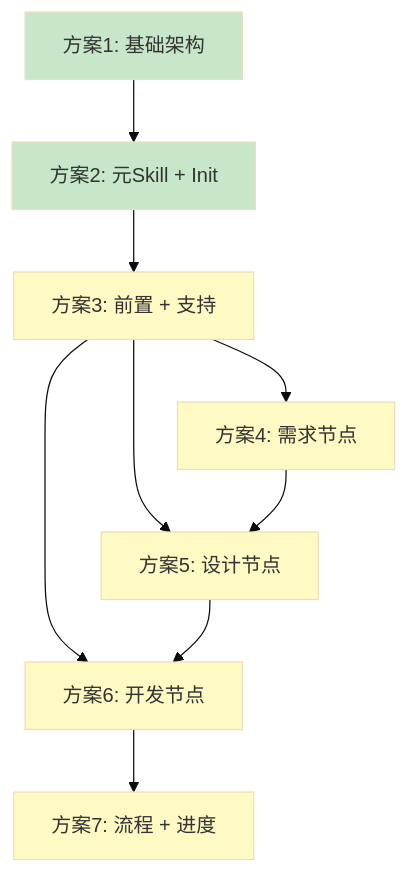
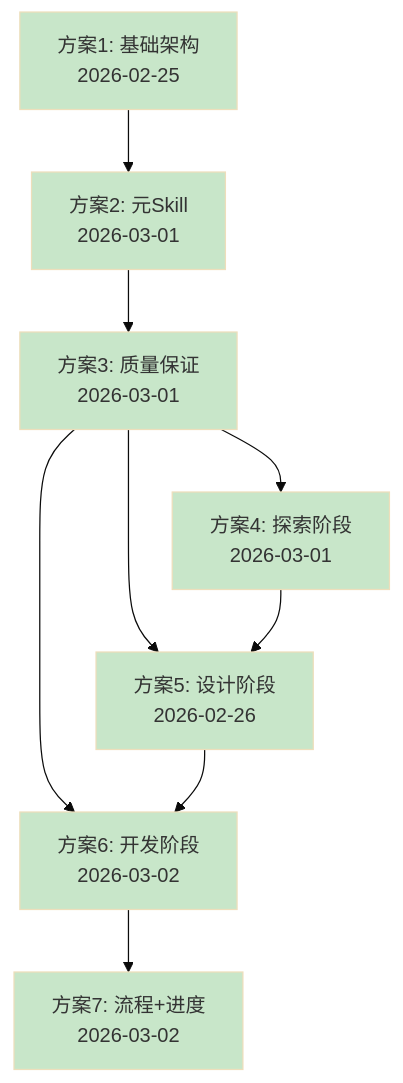
One commit to ymm512/Cadence-skills changed the diagram in .claude/designs/next/README.md. Above: the diagram before and after it, drawn with Mermaid (base theme). The commit also changed other lines of this file, not shown here.

````diff
--- a/.claude/designs/next/README.md
+++ b/.claude/designs/next/README.md
@@ -28,19 +37,19 @@
 ```mermaid
 graph TD
-    A[方案1: 基础架构] --> B[方案2: 元Skill + Init]
-    B --> C[方案3: 前置 + 支持]
-    C --> D[方案4: 需求节点]
-    C --> E[方案5: 设计节点]
-    C --> F[方案6: 开发节点]
+    A[方案1: 基础架构<br/>2026-02-25] --> B[方案2: 元Skill<br/>2026-03-01]
+    B --> C[方案3: 质量保证<br/>2026-03-01]
+    C --> D[方案4: 探索阶段<br/>2026-03-01]
+    C --> E[方案5: 设计阶段<br/>2026-02-26]
+    C --> F[方案6: 开发阶段<br/>2026-03-02]
     D --> E
     E --> F
-    F --> G[方案7: 流程 + 进度]
+    F --> G[方案7: 流程+进度<br/>2026-03-02]
 
     style A fill:#c8e6c9
     style B fill:#c8e6c9
-    style C fill:#fff9c4
-    style D fill:#fff9c4
-    style E fill:#fff9c4
-    style F fill:#fff9c4
-    style G fill:#fff9c4
+    style C fill:#c8e6c9
+    style D fill:#c8e6c9
+    style E fill:#c8e6c9
+    style F fill:#c8e6c9
+    style G fill:#c8e6c9
 ```
````
